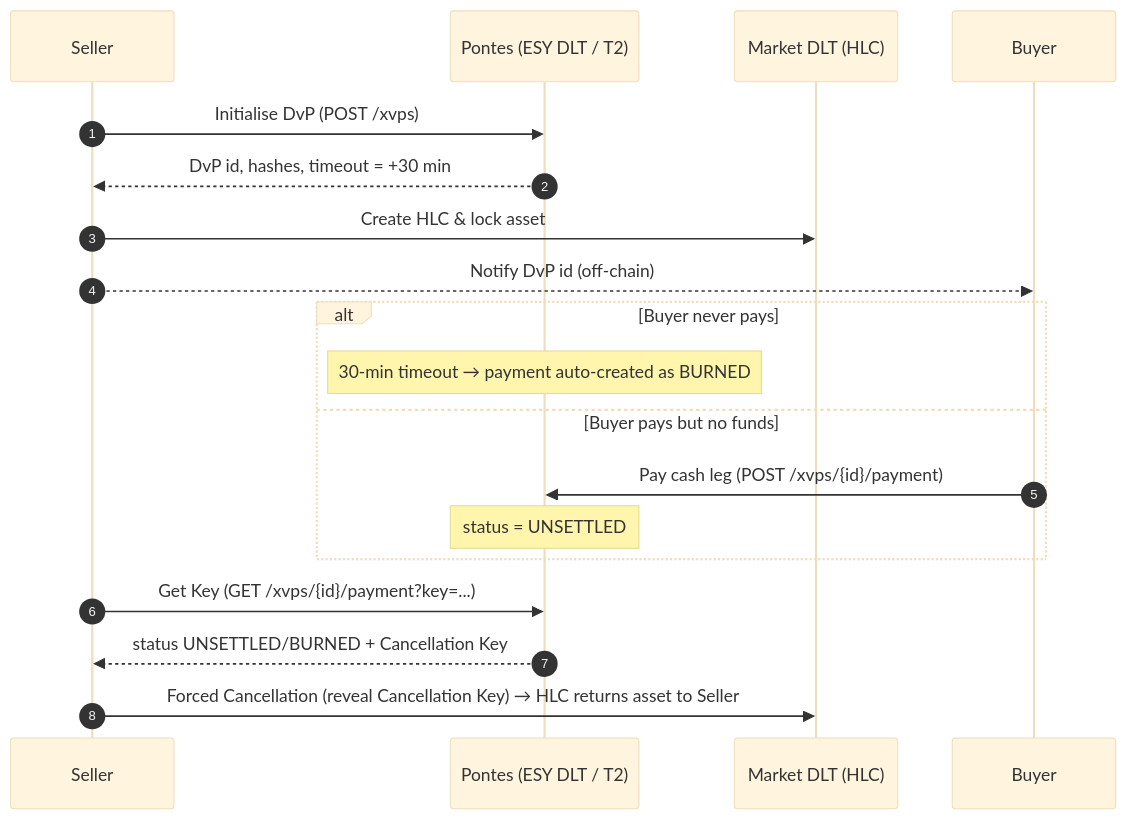
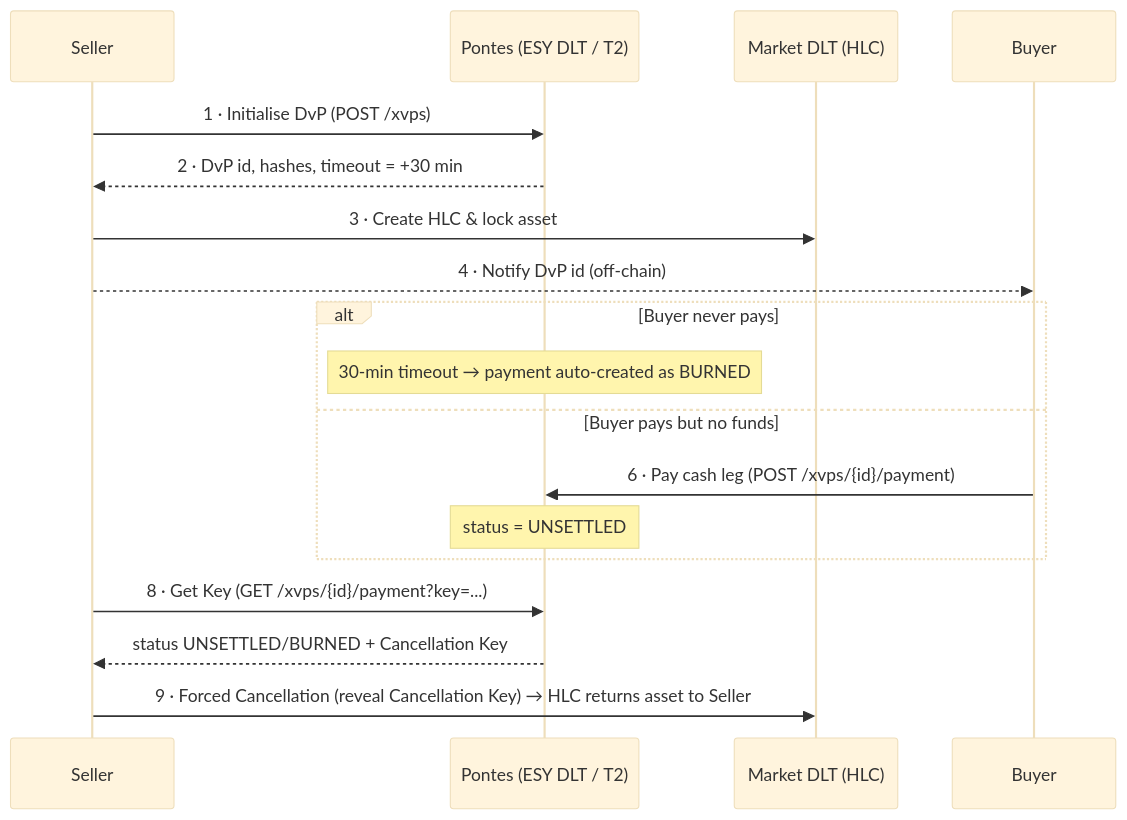
Before and after one commit to jjnieto/Pontes: the third of 3 diagrams in README.md, drawn with Mermaid (base theme). The commit also changed other lines of this file, not shown here.

First line of the commit message:
Correlate DvP sequence steps with the endpoint table

````diff
--- a/README.md
+++ b/README.md
@@ -218,21 +222,20 @@
 ```mermaid
 sequenceDiagram
-    autonumber
     participant S as Seller
     participant P as Pontes (ESY DLT / T2)
     participant M as Market DLT (HLC)
     participant B as Buyer
-    S->>P: Initialise DvP  (POST /xvps)
-    P-->>S: DvP id, hashes, timeout = +30 min
-    S->>M: Create HLC & lock asset
-    S-->>B: Notify DvP id (off-chain)
+    S->>P: 1 · Initialise DvP (POST /xvps)
+    P-->>S: 2 · DvP id, hashes, timeout = +30 min
+    S->>M: 3 · Create HLC & lock asset
+    S-->>B: 4 · Notify DvP id (off-chain)
     alt Buyer never pays
         Note over P: 30-min timeout → payment auto-created as BURNED
     else Buyer pays but no funds
-        B->>P: Pay cash leg (POST /xvps/{id}/payment)
+        B->>P: 6 · Pay cash leg (POST /xvps/{id}/payment)
         Note over P: status = UNSETTLED
     end
-    S->>P: Get Key (GET /xvps/{id}/payment?key=...)
+    S->>P: 8 · Get Key (GET /xvps/{id}/payment?key=...)
     P-->>S: status UNSETTLED/BURNED + Cancellation Key
-    S->>M: Forced Cancellation (reveal Cancellation Key) → HLC returns asset to Seller
+    S->>M: 9 · Forced Cancellation (reveal Cancellation Key) → HLC returns asset to Seller
 ```
````
